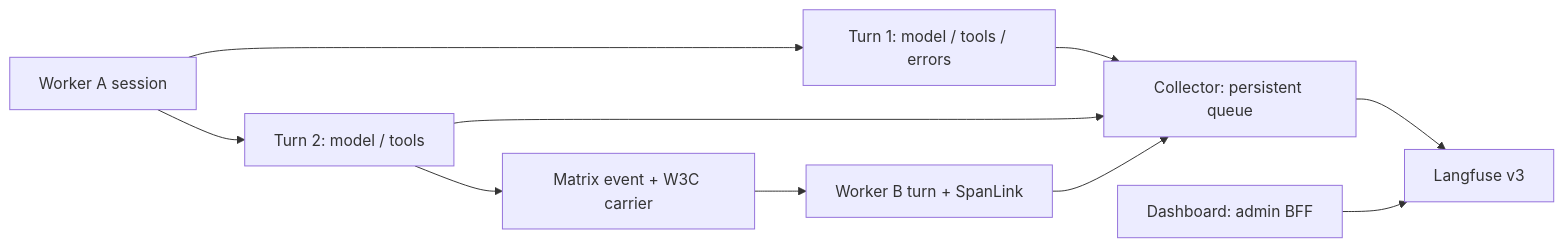
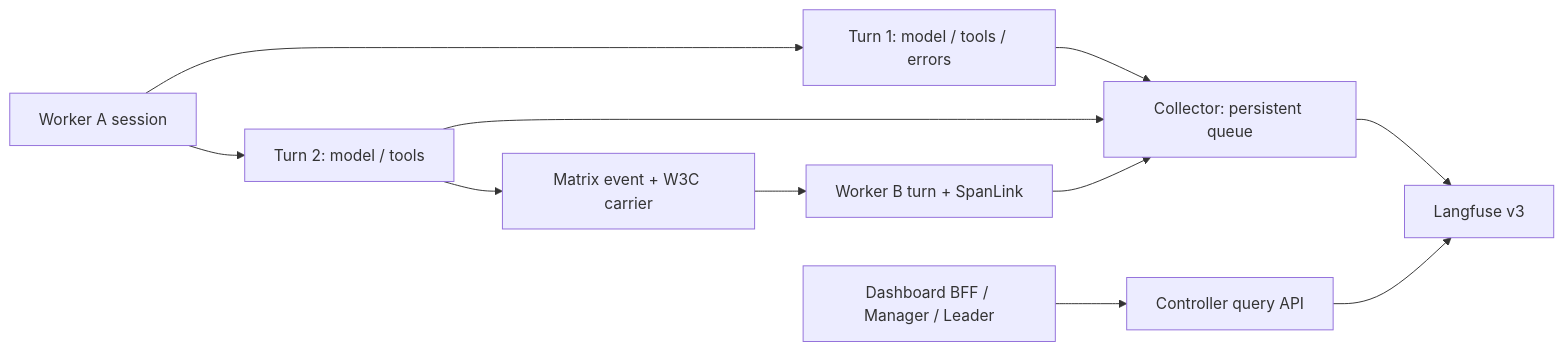
Before and after one commit to agentscope-ai/AgentTeams: the diagram in docs/design/worker-otel-langfuse.md, drawn with Mermaid. The commit also changed other lines of this file and 39 other files, not shown here.

```diff
--- a/docs/design/worker-otel-langfuse.md
+++ b/docs/design/worker-otel-langfuse.md
@@ -31,12 +31,13 @@
 ~~~mermaid
 flowchart LR
   A[Worker A session] --> A1[Turn 1: model / tools / errors]
   A --> A2[Turn 2: model / tools]
   A2 --> M[Matrix event + W3C carrier]
   M --> B[Worker B turn + SpanLink]
   A1 --> C[Collector: persistent queue]
   A2 --> C
   B --> C
   C --> L[Langfuse v3]
-  D[Dashboard: admin BFF] --> L
+  D[Dashboard BFF / Manager / Leader] --> Q[Controller query API]
+  Q --> L
 ~~~
```
